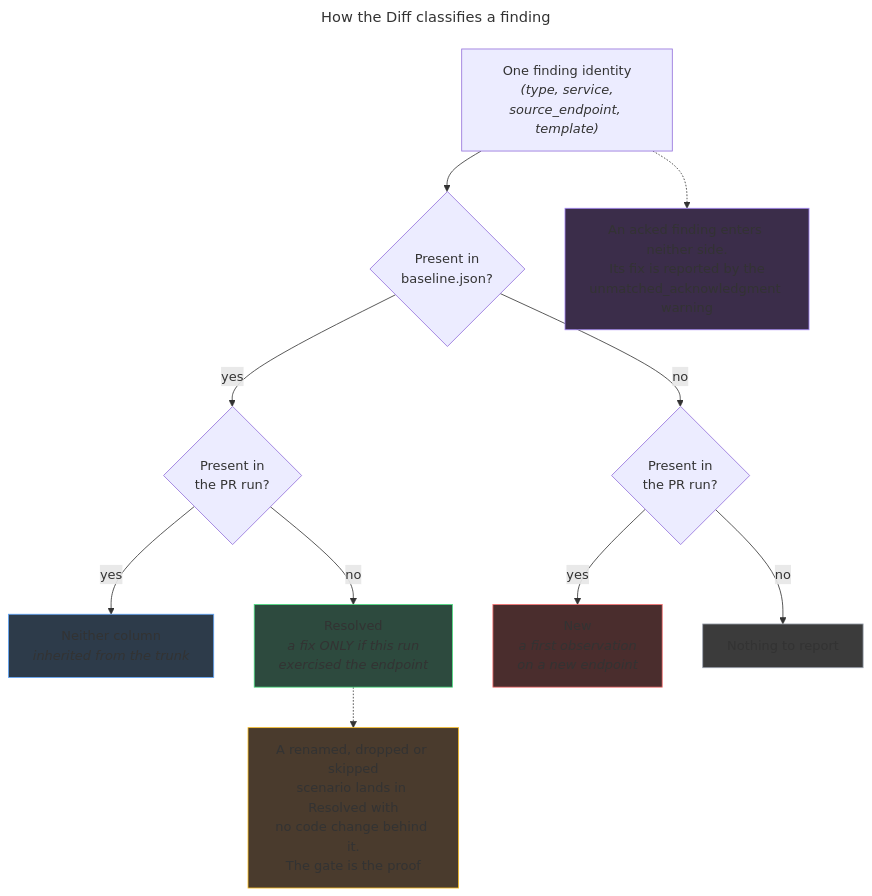
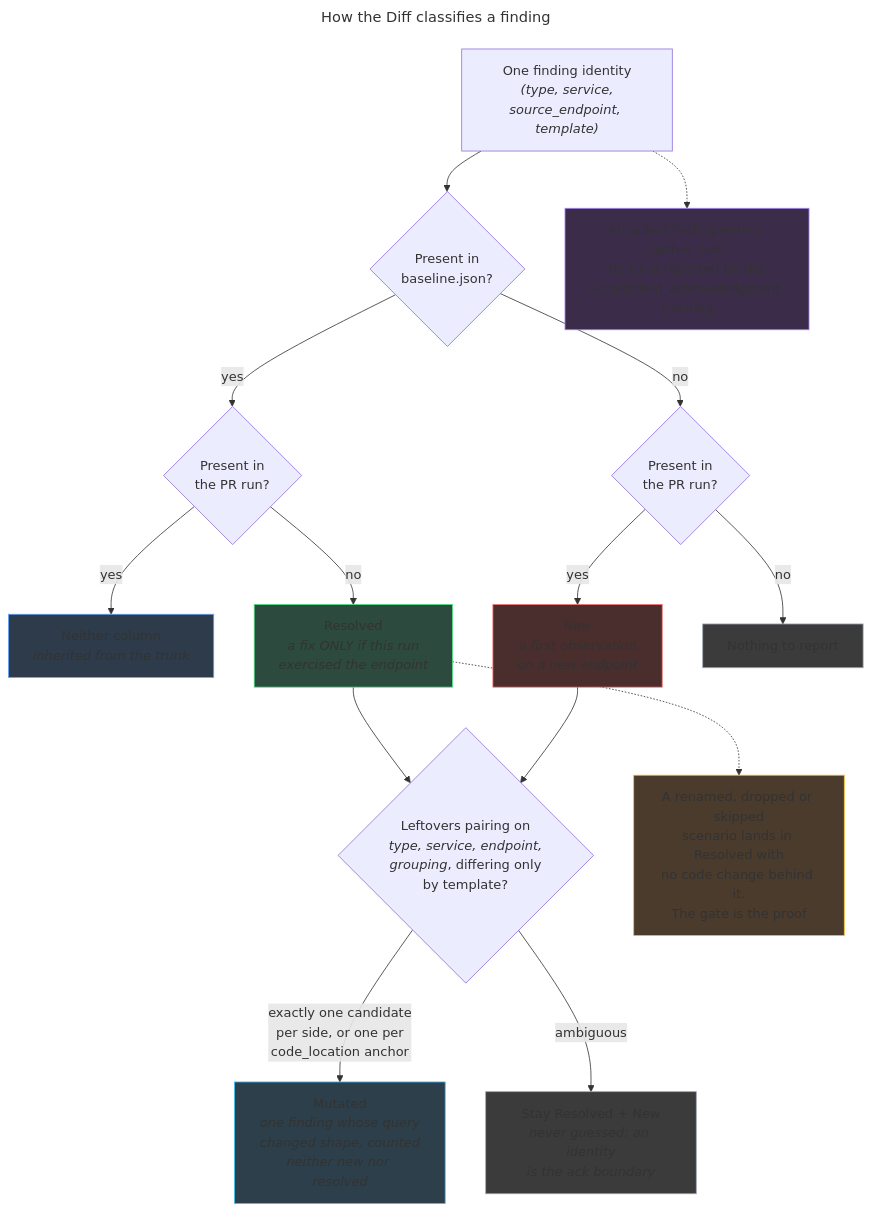
The diagram in docs/diagrams/mmd/diff-classification.mmd (robintra/perf-sentinel), drawn with Mermaid before and after one commit. The commit also changed 6 other files, not shown here.

```diff
--- a/docs/diagrams/mmd/diff-classification.mmd
+++ b/docs/diagrams/mmd/diff-classification.mmd
@@ -1,35 +1,44 @@
 ---
 title: How the Diff classifies a finding
 ---
 flowchart TD
     key["One finding identity<br/><i>(type, service,<br/>source_endpoint, template)</i>"]
 
     in_base{"Present in<br/>baseline.json?"}
     in_run_yes{"Present in<br/>the PR run?"}
     in_run_no{"Present in<br/>the PR run?"}
 
     silent["Neither column<br/><i>inherited from the trunk</i>"]
     resolved["Resolved<br/><i>a fix ONLY if this run<br/>exercised the endpoint</i>"]
     new_f["New<br/><i>a first observation<br/>on a new endpoint</i>"]
     nothing["Nothing to report"]
 
+    pair{"Leftovers pairing on<br/><i>type, service, endpoint,<br/>grouping</i>, differing only<br/>by template?"}
+    mutated["Mutated<br/><i>one finding whose query<br/>changed shape, counted<br/>neither new nor resolved</i>"]
+
     key --> in_base
     in_base -- "yes" --> in_run_yes
     in_base -- "no" --> in_run_no
     in_run_yes -- "yes" --> silent
     in_run_yes -- "no" --> resolved
     in_run_no -- "yes" --> new_f
     in_run_no -- "no" --> nothing
+    resolved --> pair
+    new_f --> pair
+    pair -- "exactly one candidate<br/>per side, or one per<br/>code_location anchor" --> mutated
+    pair -- "ambiguous" --> keep["Stay Resolved + New<br/><i>never guessed: an identity<br/>is the ack boundary</i>"]
 
     trap["A renamed, dropped or skipped<br/>scenario lands in Resolved with<br/>no code change behind it.<br/>The gate is the proof"]
     resolved -.-> trap
 
     acked["An acked finding enters neither side.<br/>Its fix is reported by the<br/>unmatched_acknowledgment warning"]
     key -.-> acked
 
     style silent fill:#2d3b4a,stroke:#60a5fa
     style resolved fill:#2d4a3e,stroke:#4ade80
     style new_f fill:#4a2d2d,stroke:#f87171
     style nothing fill:#3b3b3b,stroke:#9ca3af
     style trap fill:#4a3b2d,stroke:#fbbf24
     style acked fill:#3b2d4a,stroke:#a78bfa
+    style mutated fill:#2d3f4a,stroke:#38bdf8
+    style keep fill:#3b3b3b,stroke:#9ca3af
```
